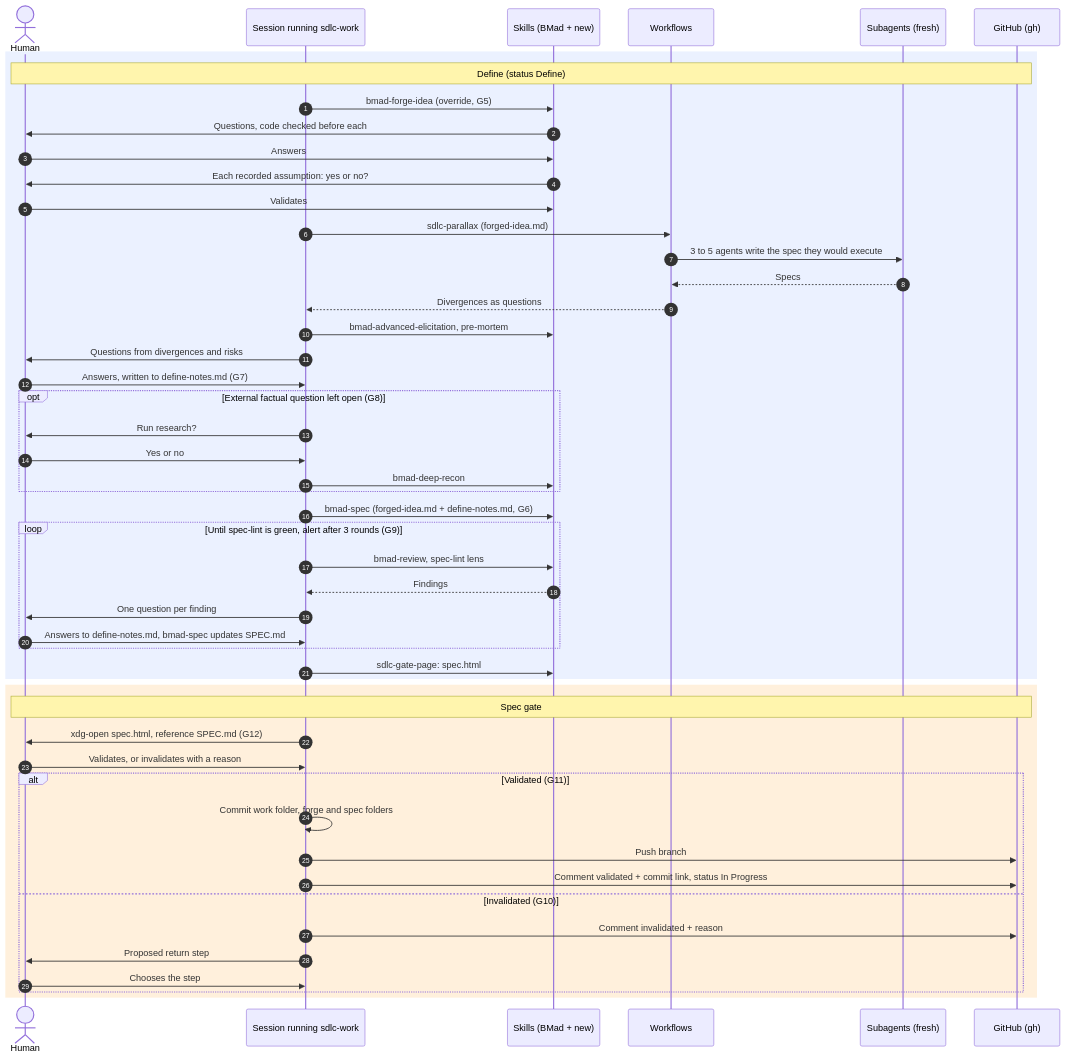
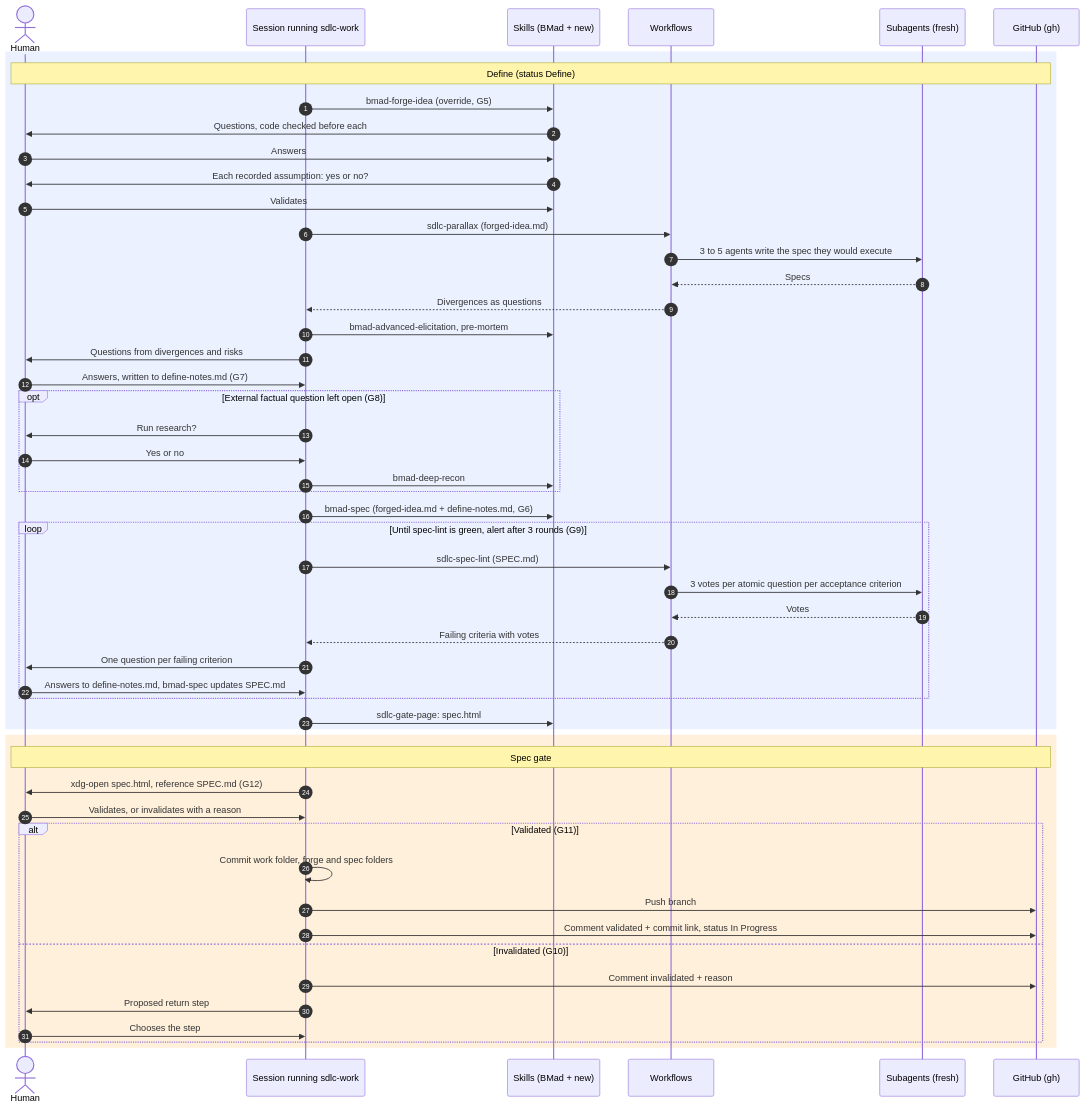
The second of 4 diagrams in _bmad-output/brainstorming/brainstorm-sdlc-local-workflow-2026-10-16/sequence-long-process.md (mathieubodin/scaleway-manager), drawn with Mermaid before and after one commit. The commit also changed other lines of this file and 1 other file, not shown here.

Commit message:
docs(process): triage and spec-lint by atomic questions with votes
Adopt the System One method (atomic typed questions, combination in
code, uncertainty signal) without the Jev model: new sdlc-triage
workflow, spec-lint becomes the sdlc-spec-lint workflow.

Refs: #2

Claude-Session: b0833aac
Claude-Tokens-Delta: 467407
Claude-Tokens-Total: 1250467

````diff
--- a/_bmad-output/brainstorming/brainstorm-sdlc-local-workflow-2026-10-16/sequence-long-process.md
+++ b/_bmad-output/brainstorming/brainstorm-sdlc-local-workflow-2026-10-16/sequence-long-process.md
@@ -57,54 +61,56 @@
 ```mermaid
 sequenceDiagram
     autonumber
     actor H as Human
     participant W as Session running sdlc-work
     participant K as Skills (BMad + new)
     participant F as Workflows
     participant A as Subagents (fresh)
     participant G as GitHub (gh)
 
     rect rgba(120, 160, 255, 0.15)
     Note over H,G: Define (status Define)
     W->>K: bmad-forge-idea (override, G5)
     K->>H: Questions, code checked before each
     H->>K: Answers
     K->>H: Each recorded assumption: yes or no?
     H->>K: Validates
     W->>F: sdlc-parallax (forged-idea.md)
     F->>A: 3 to 5 agents write the spec they would execute
     A-->>F: Specs
     F-->>W: Divergences as questions
     W->>K: bmad-advanced-elicitation, pre-mortem
     W->>H: Questions from divergences and risks
     H->>W: Answers, written to define-notes.md (G7)
     opt External factual question left open (G8)
         W->>H: Run research?
         H->>W: Yes or no
         W->>K: bmad-deep-recon
     end
     W->>K: bmad-spec (forged-idea.md + define-notes.md, G6)
     loop Until spec-lint is green, alert after 3 rounds (G9)
-        W->>K: bmad-review, spec-lint lens
-        K-->>W: Findings
-        W->>H: One question per finding
+        W->>F: sdlc-spec-lint (SPEC.md)
+        F->>A: 3 votes per atomic question per acceptance criterion
+        A-->>F: Votes
+        F-->>W: Failing criteria with votes
+        W->>H: One question per failing criterion
         H->>W: Answers to define-notes.md, bmad-spec updates SPEC.md
     end
     W->>K: sdlc-gate-page: spec.html
     end
 
     rect rgba(255, 180, 80, 0.2)
     Note over H,G: Spec gate
     W->>H: xdg-open spec.html, reference SPEC.md (G12)
     H->>W: Validates, or invalidates with a reason
     alt Validated (G11)
         W->>W: Commit work folder, forge and spec folders
         W->>G: Push branch
         W->>G: Comment validated + commit link, status In Progress
     else Invalidated (G10)
         W->>G: Comment invalidated + reason
         W->>H: Proposed return step
         H->>W: Chooses the step
     end
     end
 ```
````
